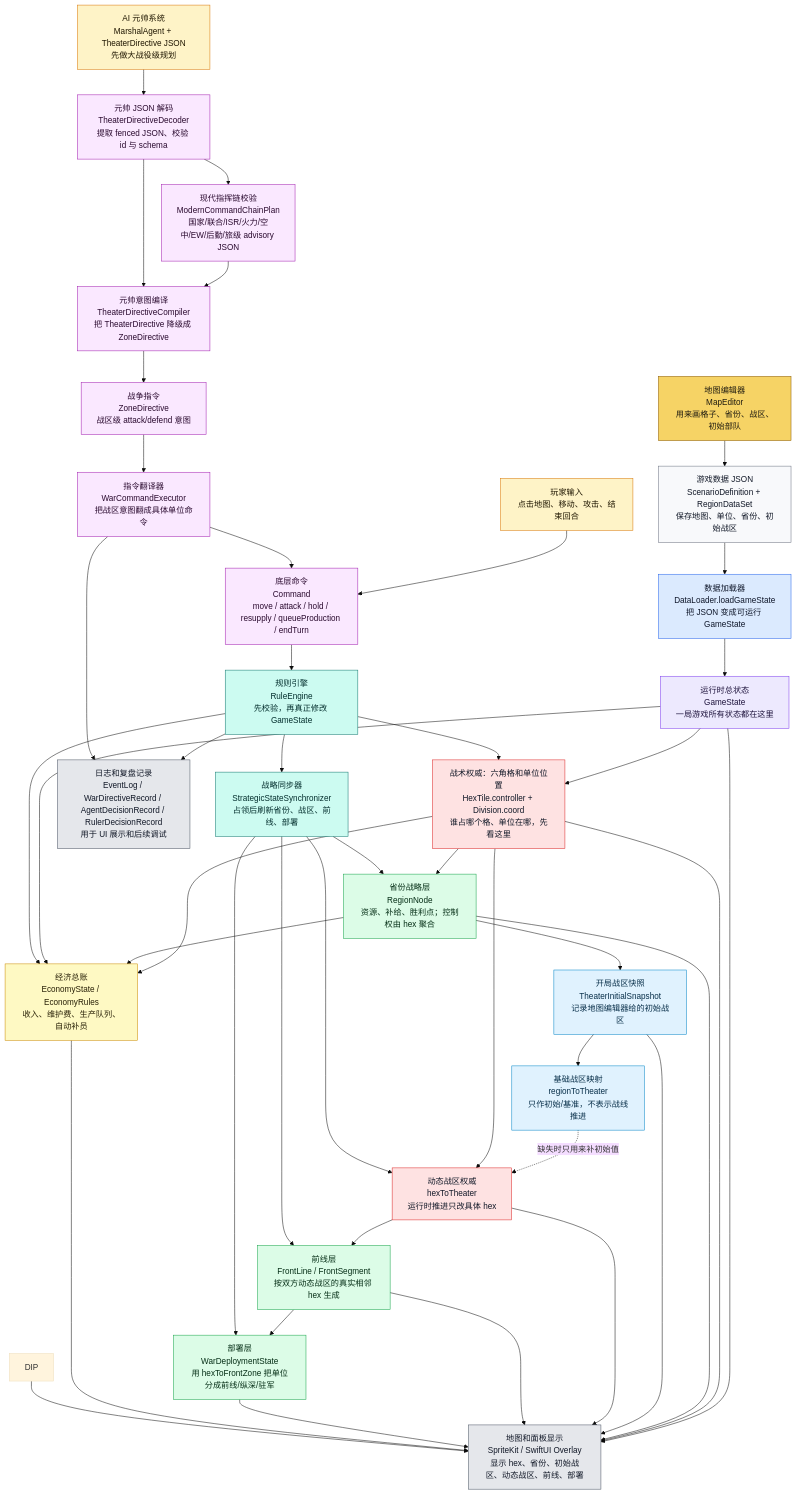
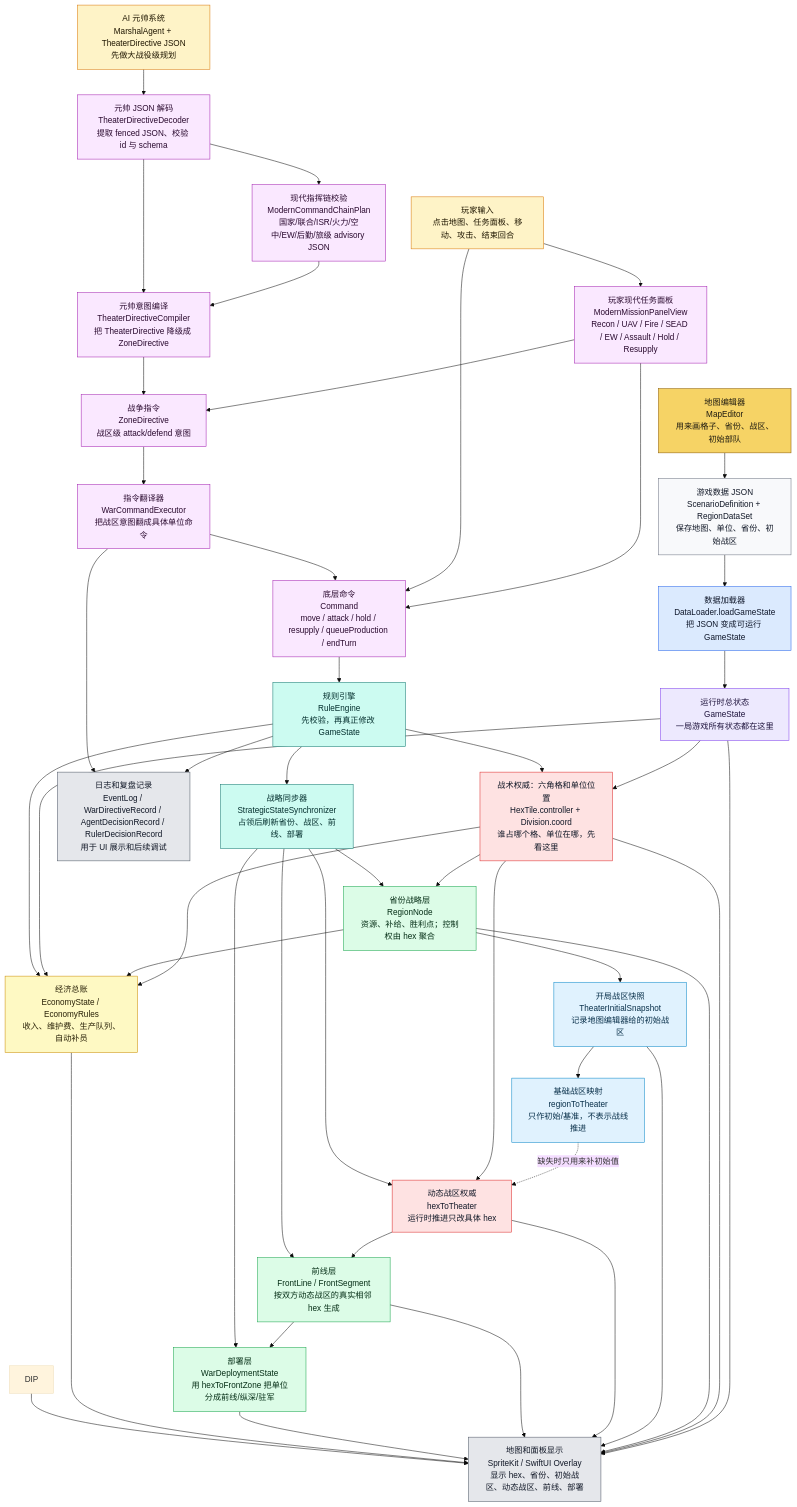
One commit to Altman-sam114/127 changed the tenth of 17 diagrams in md/flow/flowchart.md. Above: the diagram before and after it, drawn with Mermaid (base theme). The commit also changed other lines of this file and 8 other files, not shown here.

Commit message:
feat: add v6.7 player mission UI

````diff
--- a/md/flow/flowchart.md
+++ b/md/flow/flowchart.md
@@ -262,77 +291,80 @@
 ```mermaid
 flowchart TD
     ME["地图编辑器<br/>MapEditor<br/>用来画格子、省份、战区、初始部队"]:::editor
     JSON["游戏数据 JSON<br/>ScenarioDefinition + RegionDataSet<br/>保存地图、单位、省份、初始战区"]:::data
     DL["数据加载器<br/>DataLoader.loadGameState<br/>把 JSON 变成可运行 GameState"]:::loader
     GS["运行时总状态<br/>GameState<br/>一局游戏所有状态都在这里"]:::state
 
     HEX["战术权威：六角格和单位位置<br/>HexTile.controller + Division.coord<br/>谁占哪个格、单位在哪，先看这里"]:::authority
     REGION["省份战略层<br/>RegionNode<br/>资源、补给、胜利点；控制权由 hex 聚合"]:::derived
     INIT["开局战区快照<br/>TheaterInitialSnapshot<br/>记录地图编辑器给的初始战区"]:::snapshot
     R2T["基础战区映射<br/>regionToTheater<br/>只作初始/基准，不表示战线推进"]:::snapshot
     H2T["动态战区权威<br/>hexToTheater<br/>运行时推进只改具体 hex"]:::authority
     FRONT["前线层<br/>FrontLine / FrontSegment<br/>按双方动态战区的真实相邻 hex 生成"]:::derived
     DEPLOY["部署层<br/>WarDeploymentState<br/>用 hexToFrontZone 把单位分成前线/纵深/驻军"]:::derived
     ECO["经济总账<br/>EconomyState / EconomyRules<br/>收入、维护费、生产队列、自动补员"]:::economy
-    PLAYER["玩家输入<br/>点击地图、移动、攻击、结束回合"]:::input
+    PLAYER["玩家输入<br/>点击地图、任务面板、移动、攻击、结束回合"]:::input
+    MISSION["玩家现代任务面板<br/>ModernMissionPanelView<br/>Recon / UAV / Fire / SEAD / EW / Assault / Hold / Resupply"]:::command
     AI["AI 元帅系统<br/>MarshalAgent + TheaterDirective JSON<br/>先做大战役级规划"]:::input
     DEC["元帅 JSON 解码<br/>TheaterDirectiveDecoder<br/>提取 fenced JSON、校验 id 与 schema"]:::command
     MCHAIN["现代指挥链校验<br/>ModernCommandChainPlan<br/>国家/联合/ISR/火力/空中/EW/后勤/旅级 advisory JSON"]:::command
     COMP["元帅意图编译<br/>TheaterDirectiveCompiler<br/>把 TheaterDirective 降级成 ZoneDirective"]:::command
     ZD["战争指令<br/>ZoneDirective<br/>战区级 attack/defend 意图"]:::command
     WCE["指令翻译器<br/>WarCommandExecutor<br/>把战区意图翻成具体单位命令"]:::command
     CMD["底层命令<br/>Command<br/>move / attack / hold / resupply / queueProduction / endTurn"]:::command
     RE["规则引擎<br/>RuleEngine<br/>先校验，再真正修改 GameState"]:::rules
     SYNC["战略同步器<br/>StrategicStateSynchronizer<br/>占领后刷新省份、战区、前线、部署"]:::rules
 
     UI["地图和面板显示<br/>SpriteKit / SwiftUI Overlay<br/>显示 hex、省份、初始战区、动态战区、前线、部署"]:::ui
     LOG["日志和复盘记录<br/>EventLog / WarDirectiveRecord / AgentDecisionRecord / RulerDecisionRecord<br/>用于 UI 展示和后续调试"]:::ui
 
     ME --> JSON --> DL --> GS
     GS --> HEX
     HEX --> REGION
     HEX --> ECO
     REGION --> ECO
     REGION --> INIT
     INIT --> R2T
     R2T -.->|缺失时只用来补初始值| H2T
     HEX --> H2T
     H2T --> FRONT --> DEPLOY
     GS --> ECO
 
+    PLAYER --> MISSION --> CMD
     PLAYER --> CMD
+    MISSION --> ZD
     AI --> DEC --> MCHAIN --> COMP --> ZD --> WCE --> CMD
     DEC --> COMP
     CMD --> RE --> HEX
     RE --> ECO
     RE --> SYNC
     SYNC --> REGION
     SYNC --> H2T
     SYNC --> FRONT
     SYNC --> DEPLOY
 
     GS --> UI
     HEX --> UI
     REGION --> UI
     INIT --> UI
     H2T --> UI
     FRONT --> UI
     DEPLOY --> UI
     ECO --> UI
     DIP --> UI
     RE --> LOG
     WCE --> LOG
 
     classDef editor fill:#f6d365,stroke:#8a5a00,color:#1f1b10
     classDef data fill:#f8f9fb,stroke:#6b7280,color:#111827
     classDef loader fill:#dbeafe,stroke:#2563eb,color:#0f172a
     classDef state fill:#ede9fe,stroke:#7c3aed,color:#1f143d
     classDef authority fill:#fee2e2,stroke:#dc2626,color:#111827
     classDef derived fill:#dcfce7,stroke:#16a34a,color:#052e16
     classDef snapshot fill:#e0f2fe,stroke:#0284c7,color:#082f49
     classDef input fill:#fef3c7,stroke:#d97706,color:#1f1600
     classDef economy fill:#fef9c3,stroke:#ca8a04,color:#292107
     classDef command fill:#fae8ff,stroke:#a21caf,color:#2a0a2f
     classDef rules fill:#ccfbf1,stroke:#0f766e,color:#042f2e
     classDef ui fill:#e5e7eb,stroke:#4b5563,color:#111827
 ```
````
